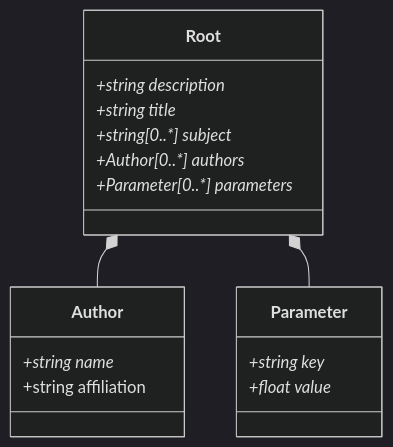
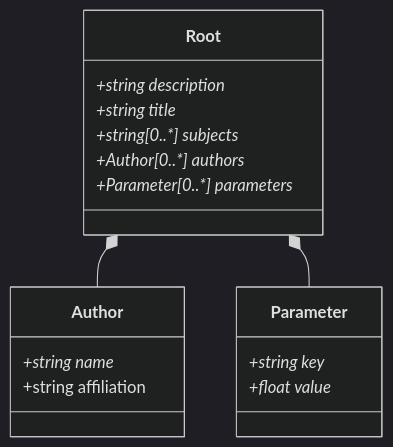
One commit to FAIRChemistry/EnzymePynetics changed the diagram in pyDataset/schemes/Dataset.md. Above: the diagram before and after it, drawn with Mermaid (dark theme). The commit also changed 4 other files, not shown here.

````diff
--- a/pyDataset/schemes/Dataset.md
+++ b/pyDataset/schemes/Dataset.md
@@ -1,24 +1,24 @@
 ```mermaid
 classDiagram
     Root *-- Author
     Root *-- Parameter
     
     class Root {
         +string description*
         +string title*
-        +string[0..*] subject*
+        +string[0..*] subjects*
         +Author[0..*] authors*
         +Parameter[0..*] parameters*
     }
     
     class Author {
         +string name*
         +string affiliation
     }
     
     class Parameter {
         +string key*
         +float value*
     }
     
 ```
````
